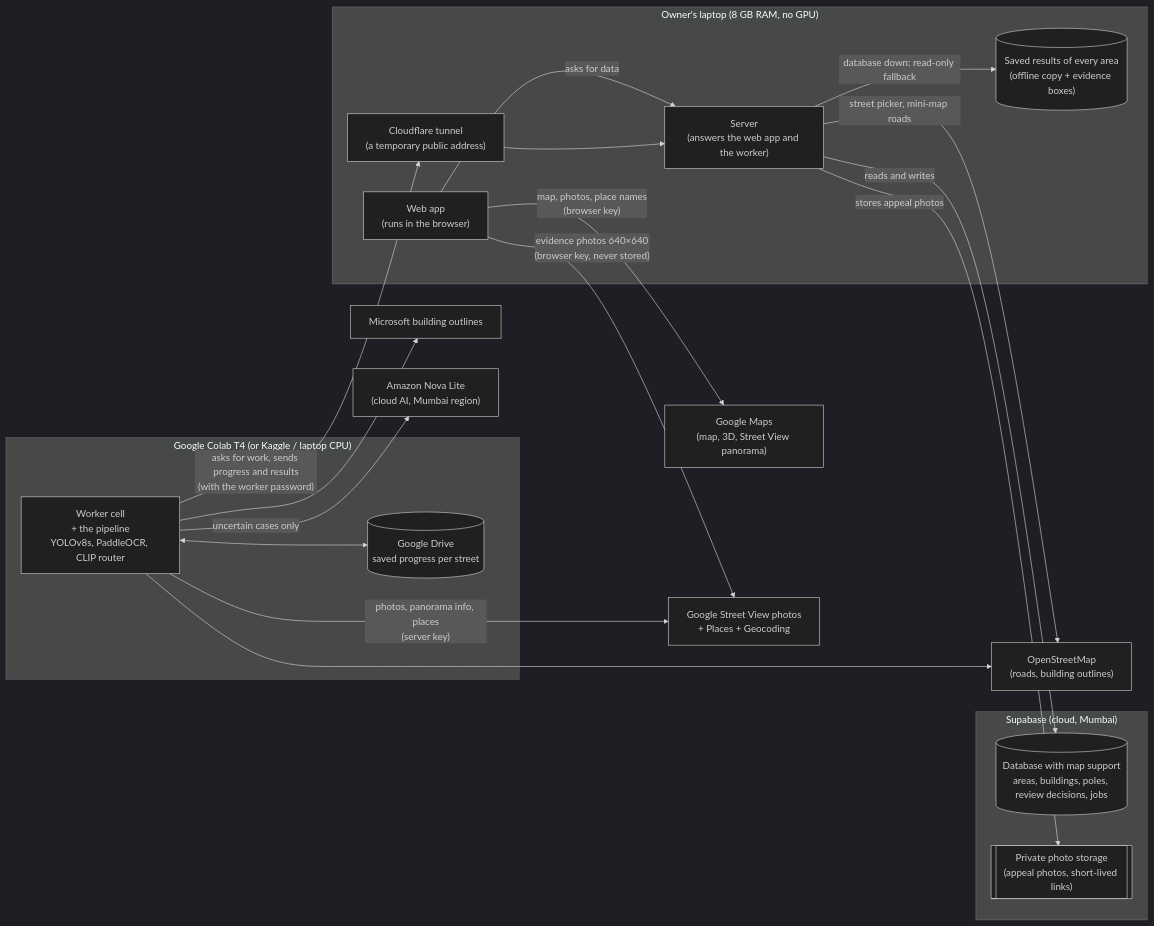
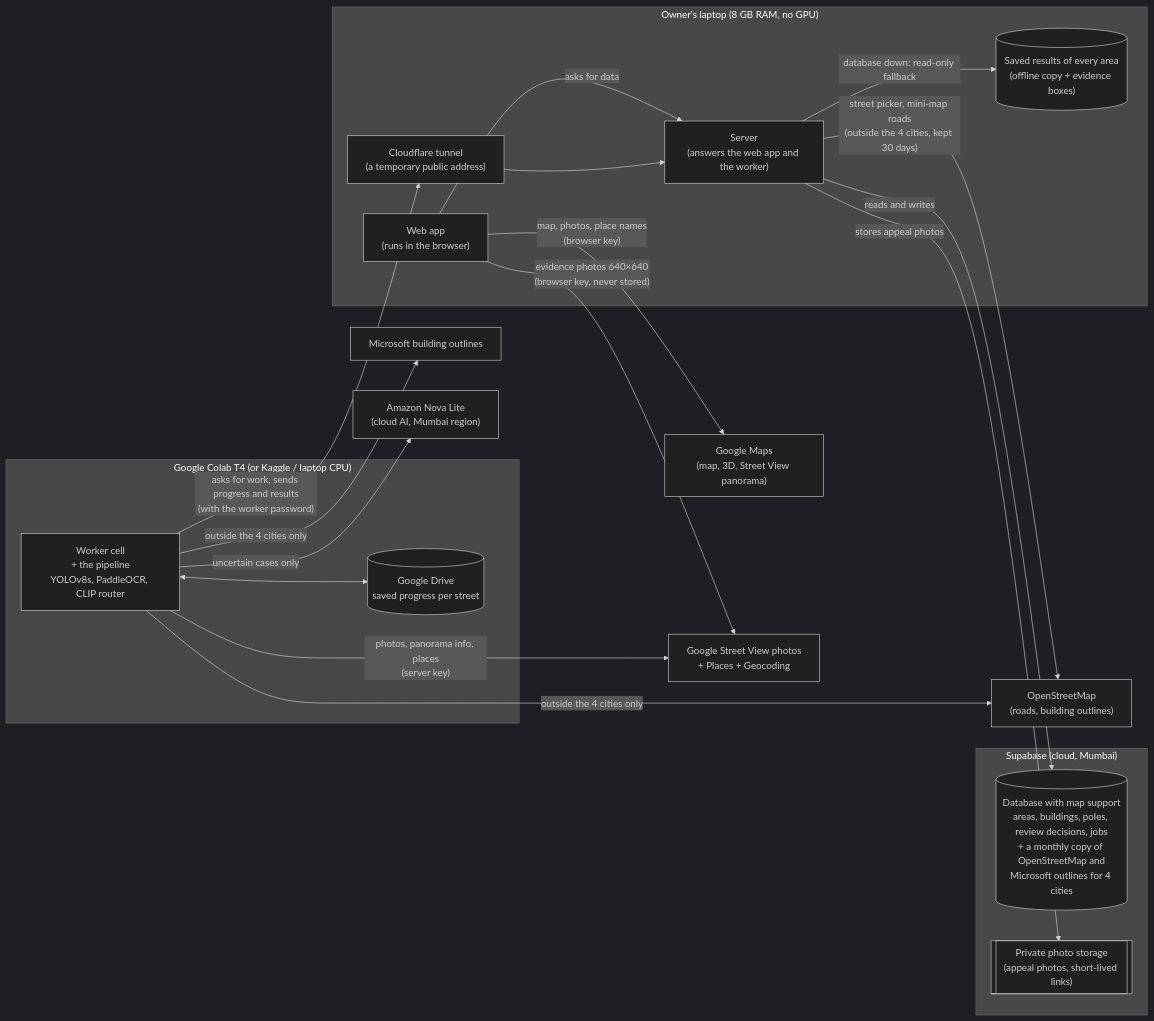
One commit to coderpragadeeswaran/geo_cascadia_app changed the diagram in docs/explainer/01_WHAT_AND_WHY.md. Above: the diagram before and after it, drawn with Mermaid (dark theme). The commit also changed other lines of this file and 37 other files, not shown here.

````diff
--- a/docs/explainer/01_WHAT_AND_WHY.md
+++ b/docs/explainer/01_WHAT_AND_WHY.md
@@ -59,37 +59,37 @@
 ```mermaid
 flowchart LR
   subgraph Laptop["Owner's laptop (8 GB RAM, no GPU)"]
     WEB["Web app<br/>(runs in the browser)"]
     API["Server<br/>(answers the web app and the worker)"]
     FILES[("Saved results of every area<br/>(offline copy + evidence boxes)")]
     CF["Cloudflare tunnel<br/>(a temporary public address)"]
   end
   subgraph Supa["Supabase (cloud, Mumbai)"]
-    PG[("Database with map support<br/>areas, buildings, poles, review decisions, jobs")]
+    PG[("Database with map support<br/>areas, buildings, poles, review decisions, jobs<br/>+ a monthly copy of OpenStreetMap and<br/>Microsoft outlines for 4 cities")]
     BK[["Private photo storage<br/>(appeal photos, short-lived links)"]]
   end
   subgraph Colab["Google Colab T4 (or Kaggle / laptop CPU)"]
     W["Worker cell<br/>+ the pipeline<br/>YOLOv8s, PaddleOCR, CLIP router"]
     DRV[("Google Drive<br/>saved progress per street")]
   end
   GMAP["Google Maps<br/>(map, 3D, Street View panorama)"]
   GSV["Google Street View photos<br/>+ Places + Geocoding"]
   OSM["OpenStreetMap<br/>(roads, building outlines)"]
   MS["Microsoft building outlines"]
   AWS["Amazon Nova Lite<br/>(cloud AI, Mumbai region)"]
 
   WEB -- "asks for data" --> API
   WEB -- "map, photos, place names<br/>(browser key)" --> GMAP
   WEB -- "evidence photos 640×640<br/>(browser key, never stored)" --> GSV
   API -- "reads and writes" --> PG
   API -- "stores appeal photos" --> BK
   API -- "database down: read-only fallback" --> FILES
-  API -- "street picker, mini-map roads" --> OSM
+  API -- "street picker, mini-map roads<br/>(outside the 4 cities, kept 30 days)" --> OSM
   CF --> API
   W -- "asks for work, sends progress and results<br/>(with the worker password)" --> CF
   W -- "photos, panorama info, places<br/>(server key)" --> GSV
-  W --> OSM
-  W --> MS
+  W -- "outside the 4 cities only" --> OSM
+  W -- "outside the 4 cities only" --> MS
   W -- "uncertain cases only" --> AWS
   W <--> DRV
 ```
````
